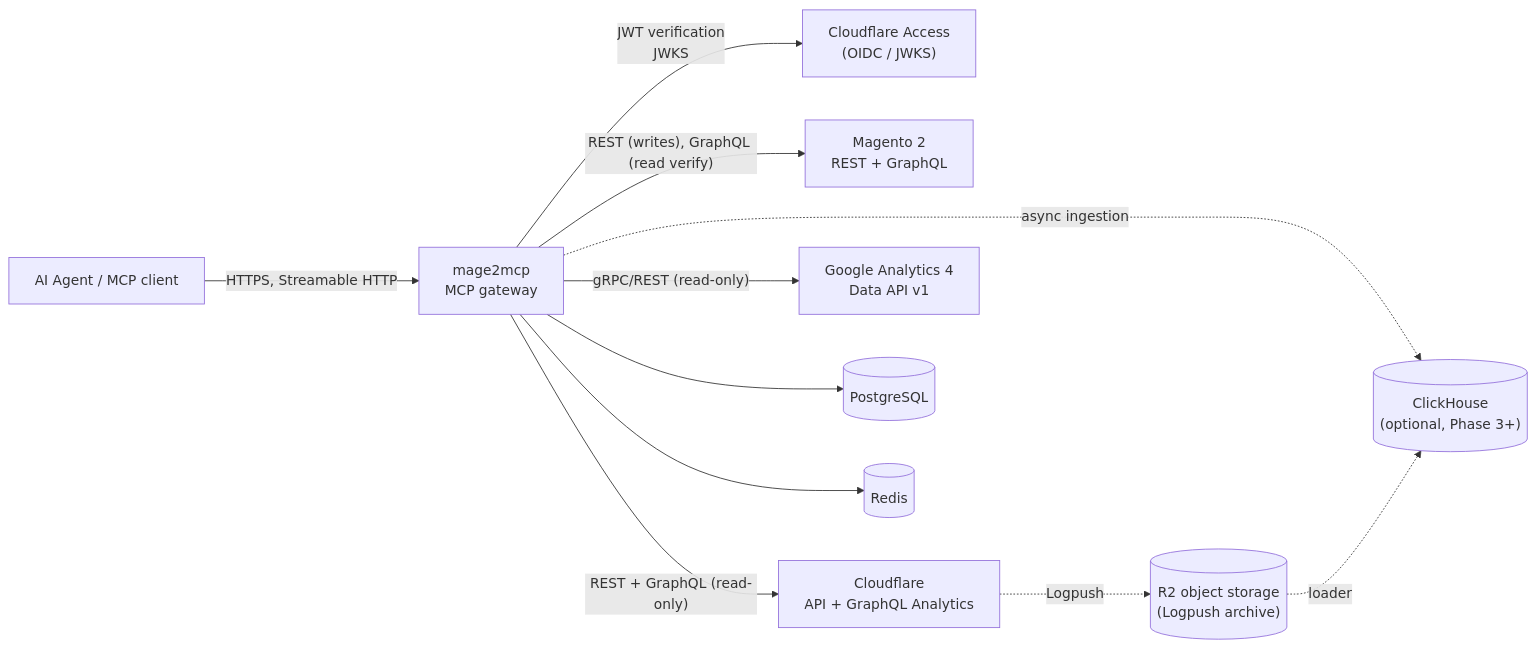
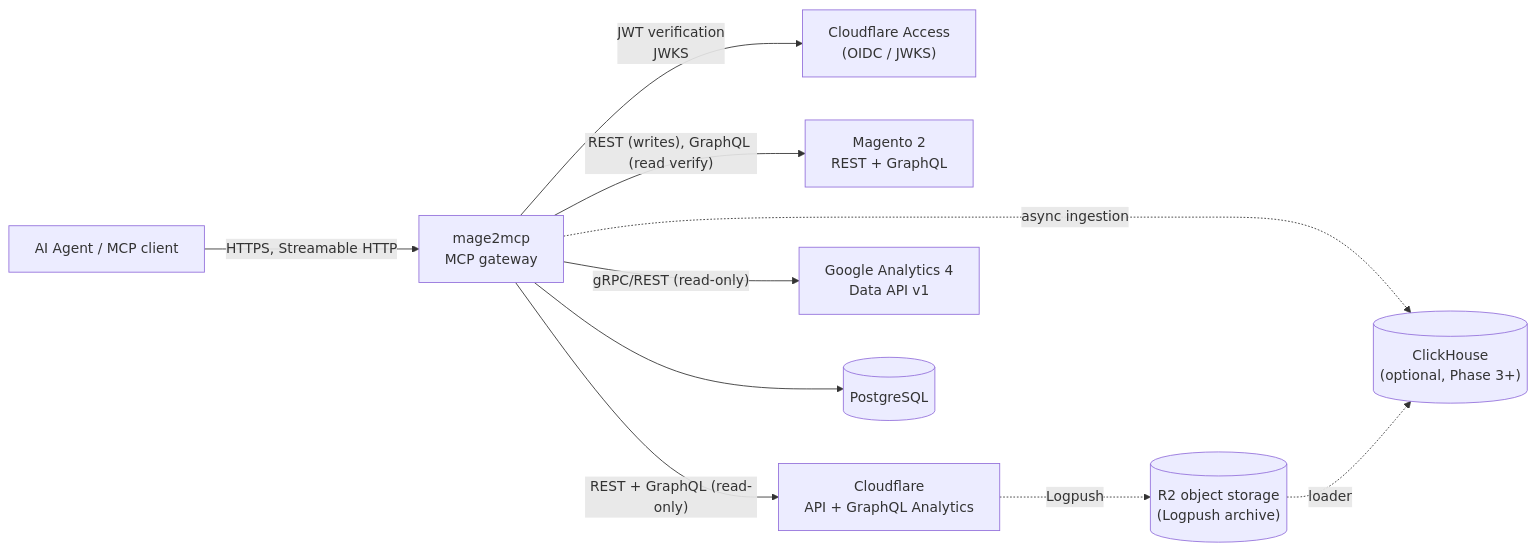
Before and after one commit to shuaiZend/mage2mcp: the first of 2 diagrams in docs/architecture.md, drawn with Mermaid. The commit also changed other lines of this file and 25 other files, not shown here.

````diff
--- a/docs/architecture.md
+++ b/docs/architecture.md
@@ -36,24 +36,22 @@
 ```mermaid
 flowchart LR
     Agent["AI Agent / MCP client"]
     IdP["Cloudflare Access<br/>(OIDC / JWKS)"]
     GW["mage2mcp<br/>MCP gateway"]
     Mag["Magento 2<br/>REST + GraphQL"]
     CF["Cloudflare<br/>API + GraphQL Analytics"]
     GA["Google Analytics 4<br/>Data API v1"]
     PG[("PostgreSQL")]
-    RD[("Redis")]
     CH[("ClickHouse<br/>(optional, Phase 3+)")]
     R2[("R2 object storage<br/>(Logpush archive)")]
 
     Agent -->|"HTTPS, Streamable HTTP"| GW
     GW -->|"JWT verification<br/>JWKS"| IdP
     GW -->|"REST (writes), GraphQL (read verify)"| Mag
     GW -->|"REST + GraphQL (read-only)"| CF
     GW -->|"gRPC/REST (read-only)"| GA
     GW --> PG
-    GW --> RD
     GW -.->|"async ingestion"| CH
     CF -.->|"Logpush"| R2
     R2 -.->|"loader"| CH
 ```
````
